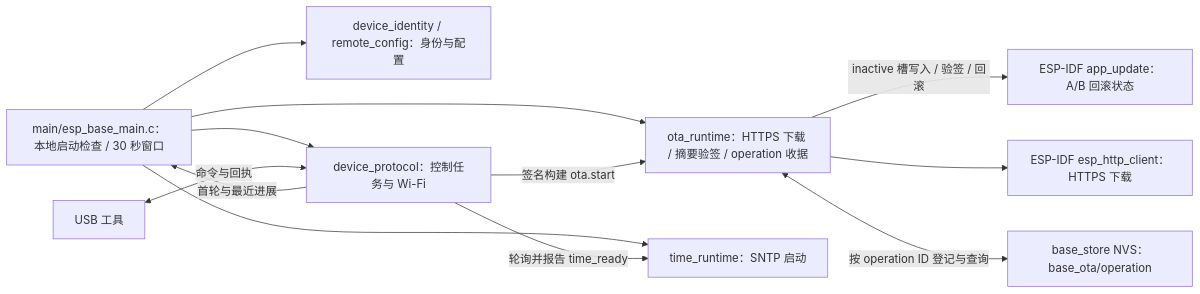
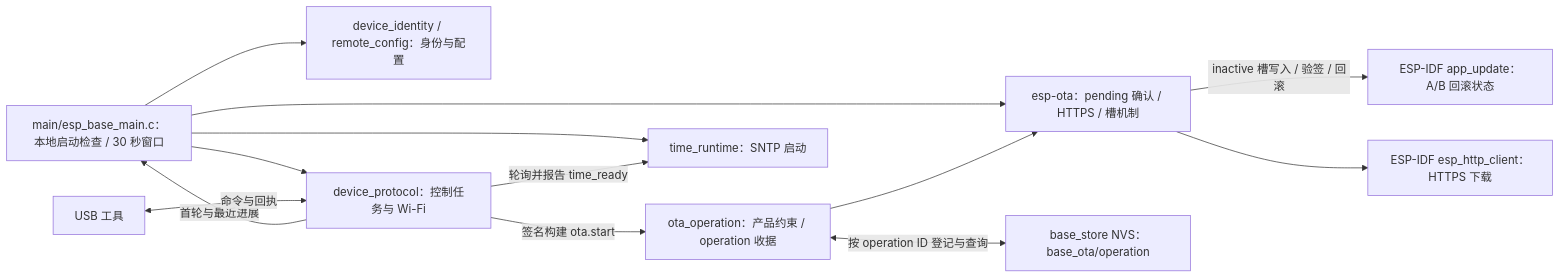
One commit to darren-you/esp-base changed the diagram in firmware/apps/esp_base/README.md. Above: the diagram before and after it, drawn with Mermaid. The commit also changed 34 other files, not shown here.

Commit message:
将 Base OTA 通用机制硬切到公开 esp-ota

````diff
--- a/firmware/apps/esp_base/README.md
+++ b/firmware/apps/esp_base/README.md
@@ -7,14 +7,15 @@
 ```mermaid
 flowchart LR
     main["main/esp_base_main.c：本地启动检查 / 30 秒窗口"] --> identity["device_identity / remote_config：身份与配置"]
     main --> protocol["device_protocol：控制任务与 Wi-Fi"]
     protocol -->|"首轮与最近进展"| main
-    main --> ota["ota_runtime：HTTPS 下载 / 摘要验签 / operation 收据"]
+    main --> ota["esp-ota：pending 确认 / HTTPS / 槽机制"]
+    receipt["ota_operation：产品约束 / operation 收据"] --> ota
     main --> time["time_runtime：SNTP 启动"]
     protocol -->|"轮询并报告 time_ready"| time
     usb["USB 工具"] <-->|"命令与回执"| protocol
     ota -->|"inactive 槽写入 / 验签 / 回滚"| sdk["ESP-IDF app_update：A/B 回滚状态"]
-    protocol -->|"签名构建 ota.start"| ota
+    protocol -->|"签名构建 ota.start"| receipt
     ota --> https["ESP-IDF esp_http_client：HTTPS 下载"]
-    ota <-->|"按 operation ID 登记与查询"| receipt["base_store NVS：base_ota/operation"]
+    receipt <-->|"按 operation ID 登记与查询"| nvs["base_store NVS：base_ota/operation"]
 ```
````
